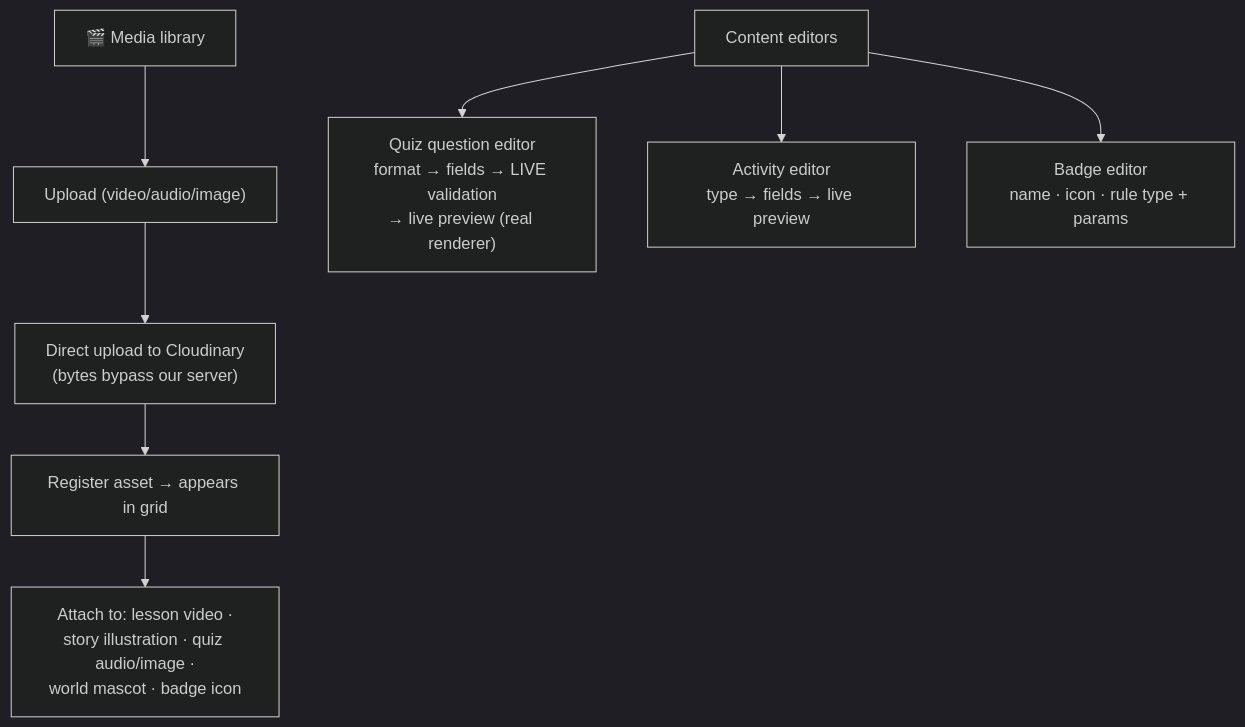
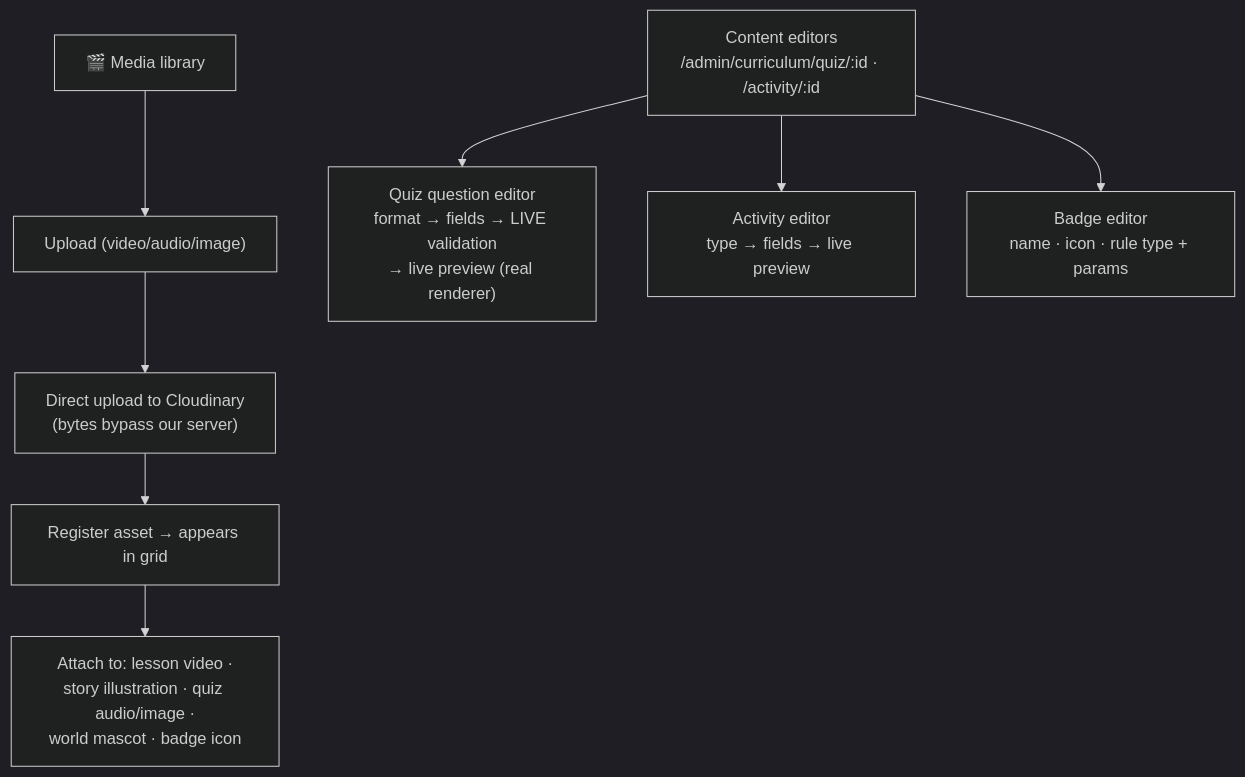
Diagram 22 of 26 in document/user-journey-manual.md (salmanbd100/kidlearn), drawn with Mermaid (dark theme) before and after one commit. The commit also changed other lines of this file and 43 other files, not shown here.

````diff
--- a/document/user-journey-manual.md
+++ b/document/user-journey-manual.md
@@ -580,11 +585,11 @@
 ```mermaid
 flowchart TD
     Media["🎬 Media library"] --> Up["Upload (video/audio/image)"]
     Up --> Cloud["Direct upload to Cloudinary<br/>(bytes bypass our server)"]
     Cloud --> Register[Register asset → appears in grid]
     Register --> Attach["Attach to: lesson video ·<br/>story illustration · quiz audio/image ·<br/>world mascot · badge icon"]
 
-    Editors["Content editors"] --> QE["Quiz question editor<br/>format → fields → LIVE validation<br/>→ live preview (real renderer)"]
+    Editors["Content editors<br/>/admin/curriculum/quiz/:id · /activity/:id"] --> QE["Quiz question editor<br/>format → fields → LIVE validation<br/>→ live preview (real renderer)"]
     Editors --> AE["Activity editor<br/>type → fields → live preview"]
     Editors --> BE["Badge editor<br/>name · icon · rule type + params"]
 ```
````
